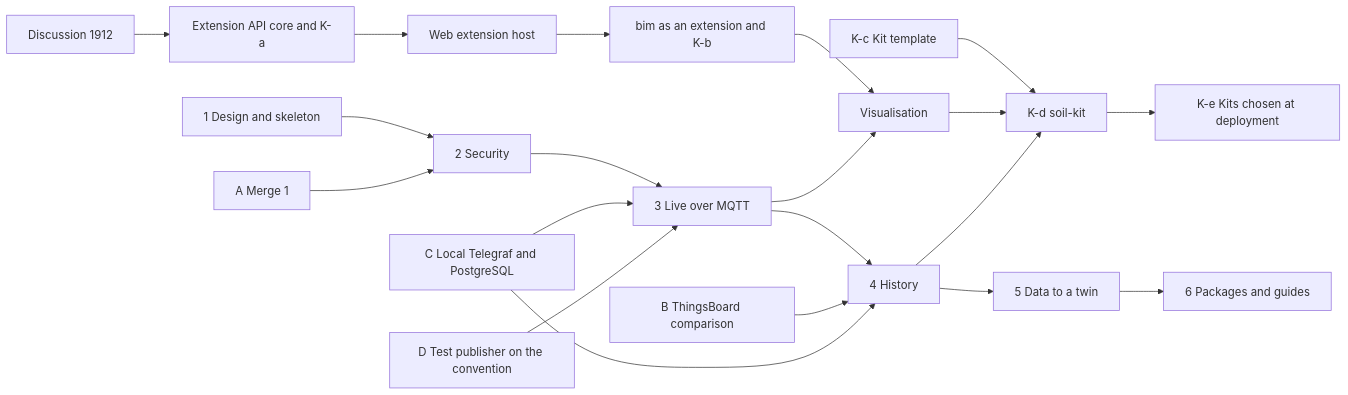
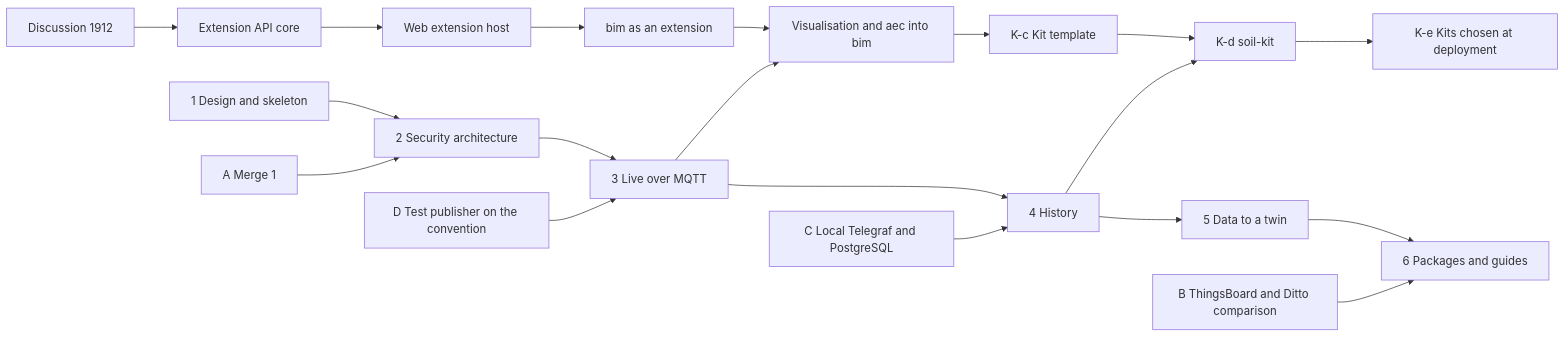
One commit to INTO-CPS-Association/DTaaS changed the diagram in docs/developer/plans/signals-gateway-execution.md. Above: the diagram before and after it, drawn with Mermaid. The commit also changed other lines of this file and 2 other files, not shown here.

````diff
--- a/docs/developer/plans/signals-gateway-execution.md
+++ b/docs/developer/plans/signals-gateway-execution.md
@@ -10,19 +14,18 @@
 ```mermaid
 flowchart LR
-  P1[1 Design and skeleton] --> P2[2 Security] --> P3[3 Live over MQTT]
+  P1[1 Design and skeleton] --> P2[2 Security architecture] --> P3[3 Live over MQTT]
   P3 --> P4[4 History] --> P5[5 Data to a twin] --> P6[6 Packages and guides]
   A[A Merge 1] --> P2
-  B[B ThingsBoard comparison] --> P4
-  C[C Local Telegraf and PostgreSQL] --> P3
-  C --> P4
+  C[C Local Telegraf and PostgreSQL] --> P4
   D[D Test publisher on the convention] --> P3
-  X[Discussion 1912] --> C1[Extension API core and K-a]
+  B[B ThingsBoard and Ditto comparison] --> P6
+  X[Discussion 1912] --> C1[Extension API core]
   C1 --> C2[Web extension host]
-  C2 --> C3[bim as an extension and K-b]
-  C3 --> C4[Visualisation]
+  C2 --> C3[bim as an extension]
+  C3 --> C4[Visualisation and aec into bim]
   P3 --> C4
-  KC[K-c Kit template] --> KD[K-d soil-kit]
-  C4 --> KD
+  C4 --> KC[K-c Kit template]
+  KC --> KD[K-d soil-kit]
   P4 --> KD
   KD --> KE[K-e Kits chosen at deployment]
 ```
````
